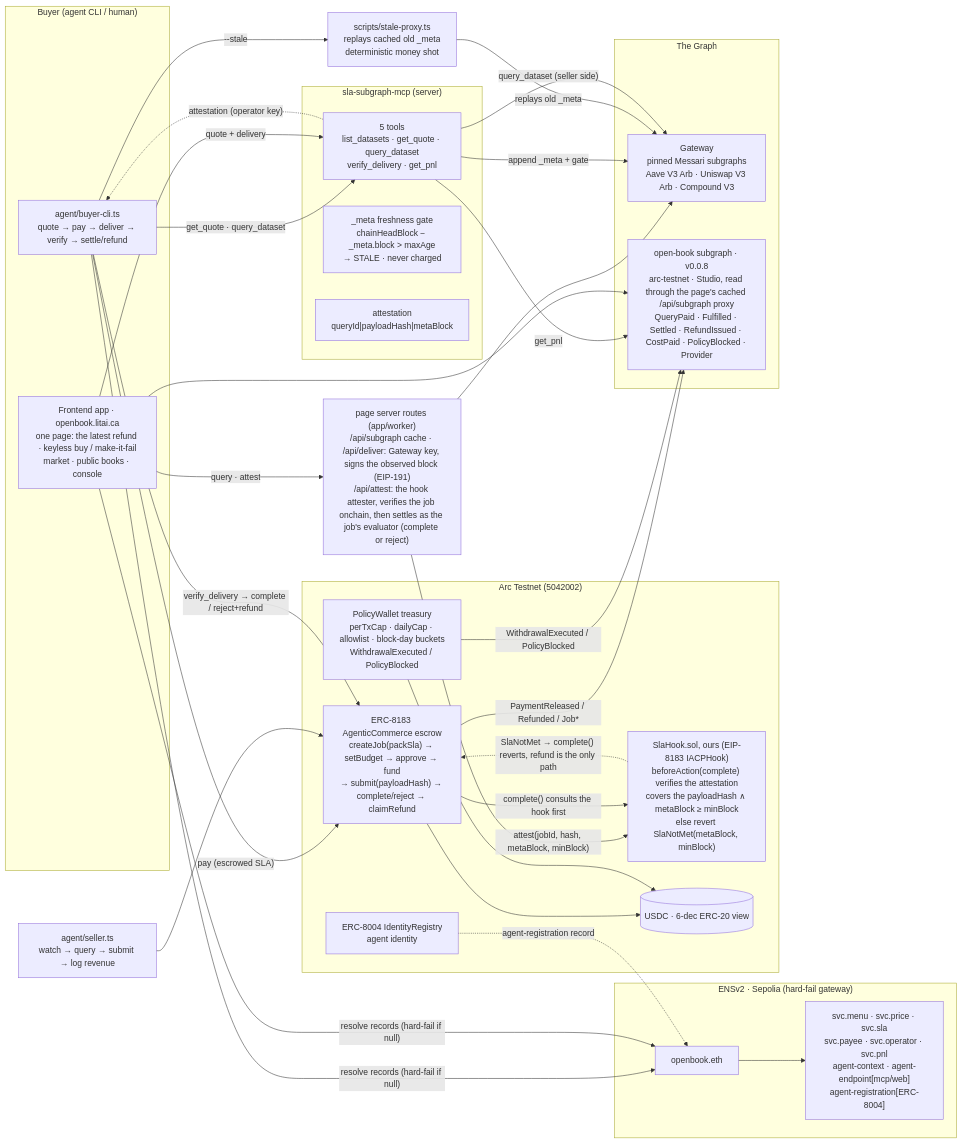
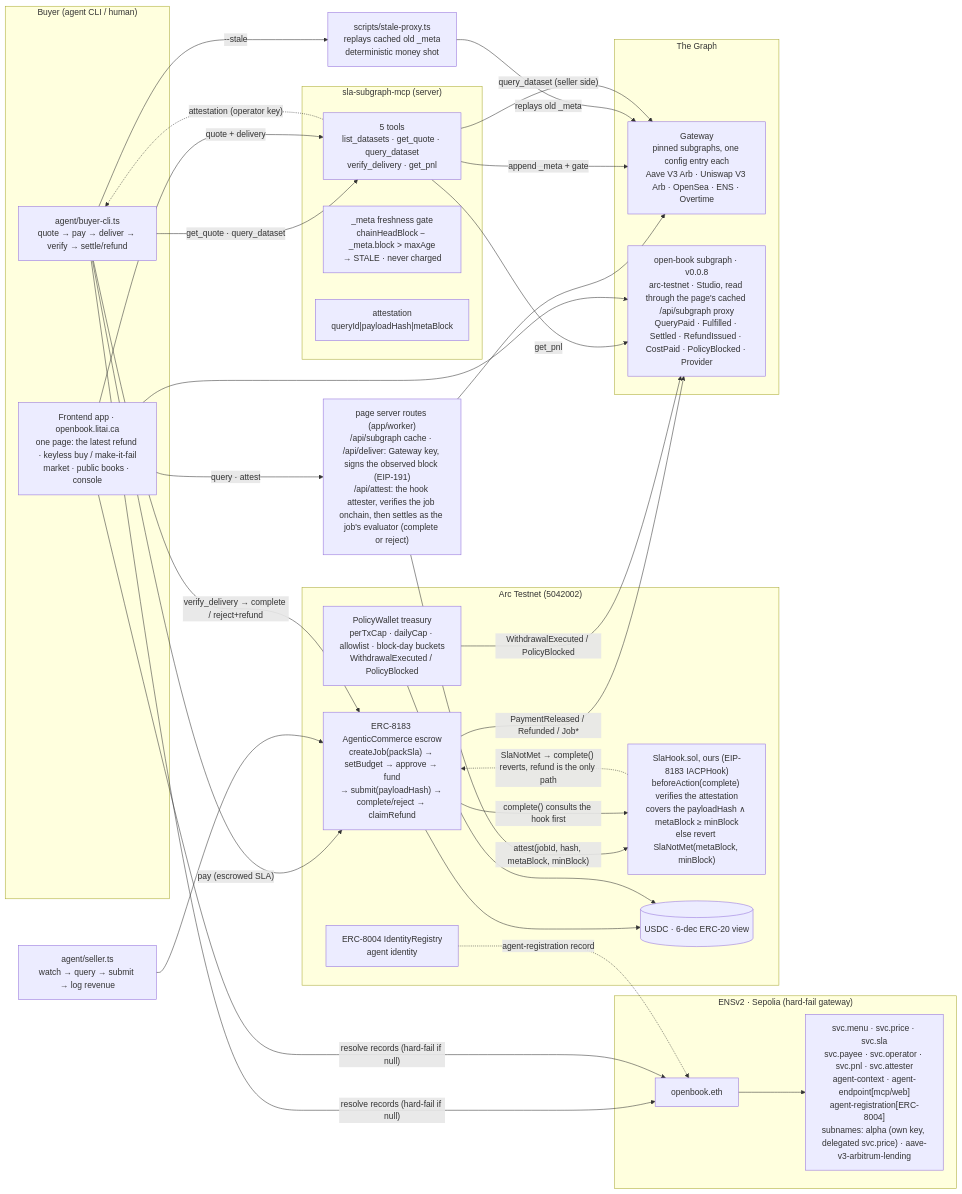
Before and after one commit to Aliserag/ethonline2026-openbook: the diagram in docs/architecture.md, drawn with Mermaid. The commit also changed 2 other files, not shown here.

Commit message:
docs: diagram datasets and ENS records current, font-floor wording

````diff
--- a/docs/architecture.md
+++ b/docs/architecture.md
@@ -12,60 +12,60 @@
 ```mermaid
 flowchart LR
     subgraph BuyerSide["Buyer (agent CLI / human)"]
         BC[agent/buyer-cli.ts<br/>quote → pay → deliver → verify → settle/refund]
         FE[Frontend app · openbook.litai.ca<br/>one page: the latest refund · keyless buy / make-it-fail<br/>market · public books · console]
     end
 
     subgraph ENSv2["ENSv2 · Sepolia (hard-fail gateway)"]
         NAME[openbook.eth]
-        RECS["svc.menu · svc.price · svc.sla<br/>svc.payee · svc.operator · svc.pnl<br/>agent-context · agent-endpoint[mcp/web]<br/>agent-registration[ERC-8004]"]
+        RECS["svc.menu · svc.price · svc.sla<br/>svc.payee · svc.operator · svc.pnl · svc.attester<br/>agent-context · agent-endpoint[mcp/web]<br/>agent-registration[ERC-8004]<br/>subnames: alpha (own key, delegated svc.price) · aave-v3-arbitrum-lending"]
         NAME --> RECS
     end
 
     subgraph Arc["Arc Testnet (5042002)"]
         J["ERC-8183 AgenticCommerce escrow<br/>createJob(packSla) → setBudget → approve → fund<br/>→ submit(payloadHash) → complete/reject → claimRefund"]
         HOOK["SlaHook.sol, ours (EIP-8183 IACPHook)<br/>beforeAction(complete) verifies the attestation<br/>covers the payloadHash ∧ metaBlock ≥ minBlock<br/>else revert SlaNotMet(metaBlock, minBlock)"]
         W["PolicyWallet treasury<br/>perTxCap · dailyCap · allowlist · block-day buckets<br/>WithdrawalExecuted / PolicyBlocked"]
         ID["ERC-8004 IdentityRegistry<br/>agent identity"]
         USDC[(USDC · 6-dec ERC-20 view)]
     end
 
     subgraph MCP["sla-subgraph-mcp (server)"]
         S["5 tools<br/>list_datasets · get_quote · query_dataset<br/>verify_delivery · get_pnl"]
         GATE["_meta freshness gate<br/>chainHeadBlock − _meta.block > maxAge<br/>→ STALE · never charged"]
         SIGN["attestation<br/>queryId|payloadHash|metaBlock"]
     end
 
     subgraph Graph["The Graph"]
-        GW[Gateway<br/>pinned Messari subgraphs<br/>Aave V3 Arb · Uniswap V3 Arb · Compound V3]
+        GW[Gateway<br/>pinned subgraphs, one config entry each<br/>Aave V3 Arb · Uniswap V3 Arb · OpenSea · ENS · Overtime]
         PNL[open-book subgraph · v0.0.8<br/>arc-testnet · Studio, read through the page's cached /api/subgraph proxy<br/>QueryPaid · Fulfilled · Settled · RefundIssued · CostPaid · PolicyBlocked · Provider]
     end
 
     SP[scripts/stale-proxy.ts<br/>replays cached old _meta<br/>deterministic money shot]
     API["page server routes (app/worker)<br/>/api/subgraph cache · /api/deliver: Gateway key, signs the observed block (EIP-191)<br/>/api/attest: the hook attester, verifies the job onchain, then settles as the job's evaluator (complete or reject)"]
     FE -->|"query · attest"| API
     API --> GW
     API -->|"attest(jobId, hash, metaBlock, minBlock)"| HOOK
 
     BC -->|"resolve records (hard-fail if null)"| NAME
     FE -->|"resolve records (hard-fail if null)"| NAME
     BC -->|"get_quote · query_dataset"| S
     FE -->|"quote + delivery"| S
     S -->|"append _meta + gate"| GW
     BC -->|"--stale"| SP
     SP -->|"replays old _meta"| GW
     BC -->|"pay (escrowed SLA)"| J
     S -->|"query_dataset (seller side)"| GW
     SEL[agent/seller.ts<br/>watch → query → submit → log revenue] --> J
     BC -->|"verify_delivery → complete / reject+refund"| J
     J -->|"complete() consults the hook first"| HOOK
     HOOK -.->|"SlaNotMet → complete() reverts, refund is the only path"| J
     J --> USDC
     J -->|"PaymentReleased / Refunded / Job*"| PNL
     W --> USDC
     W -->|"WithdrawalExecuted / PolicyBlocked"| PNL
     S -->|"get_pnl"| PNL
     FE --> PNL
     ID -.->|"agent-registration record"| NAME
     S -.->|"attestation (operator key)"| BC
 ```
````
